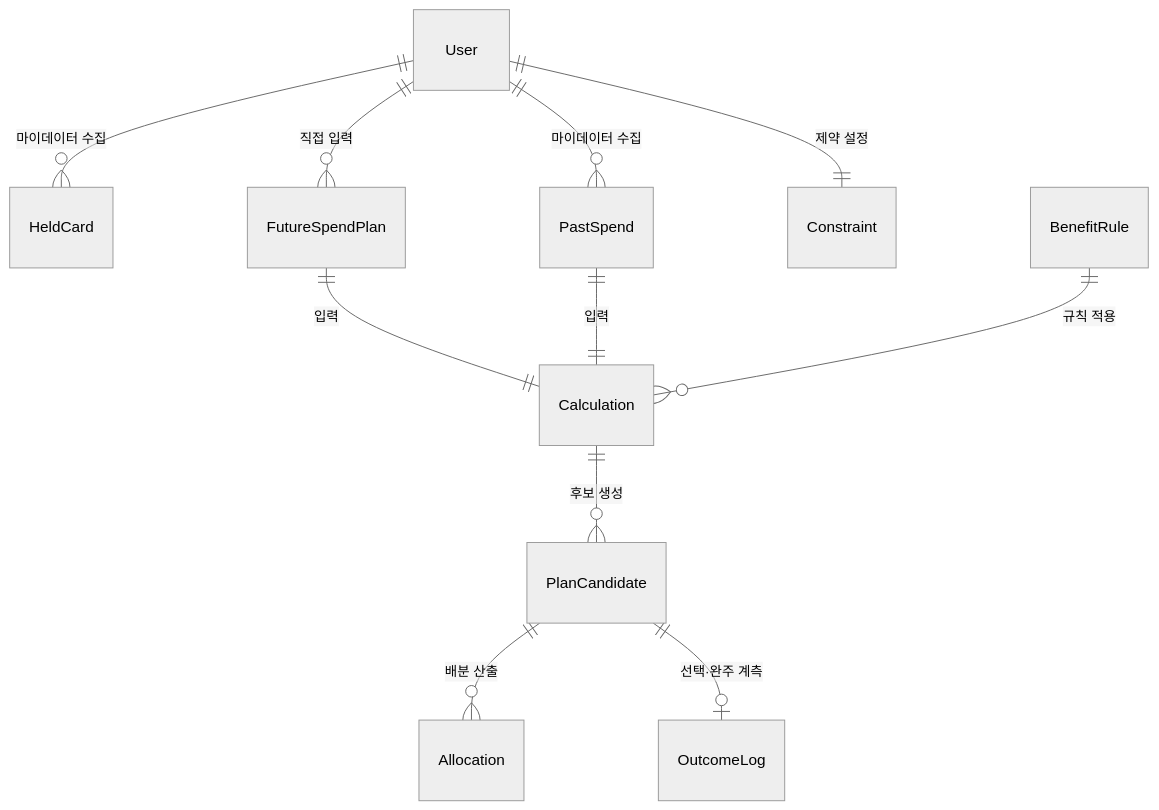
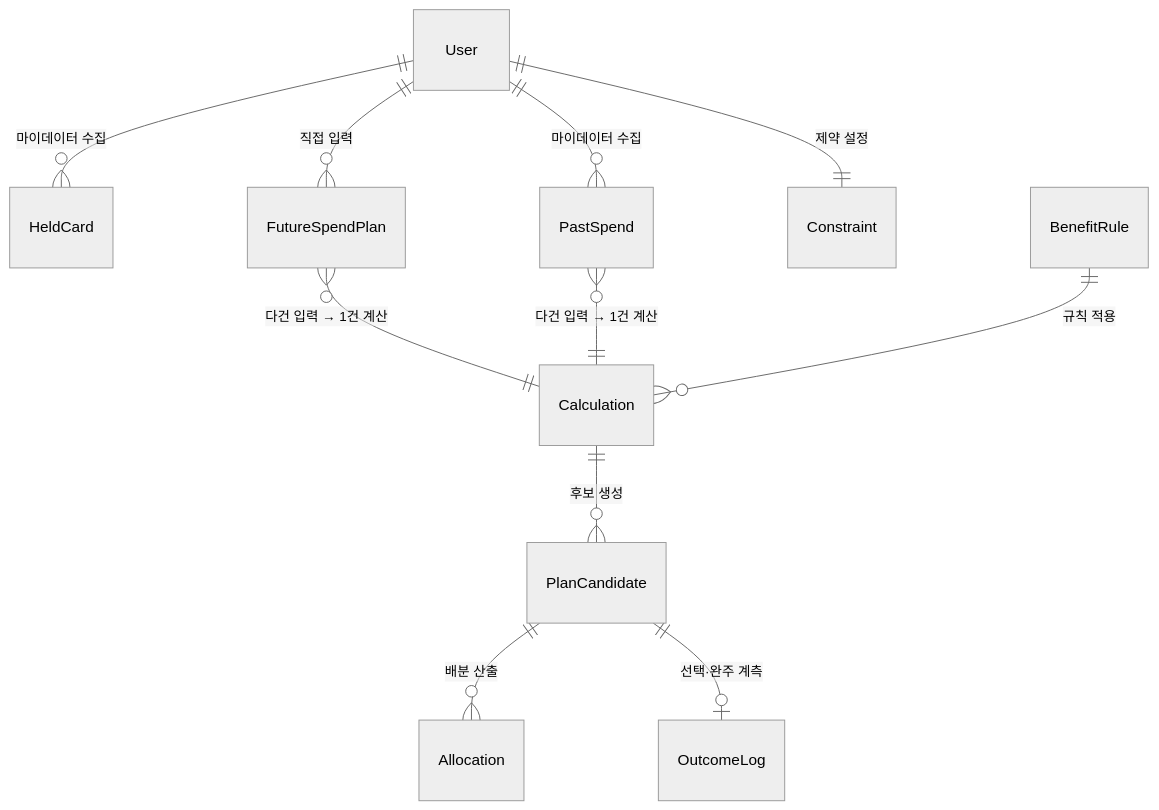
One commit to jennie-brain/CardFit-prd-to-srs changed the fourth of 5 diagrams in SRS-Drafts/SRS_CardFit_v0.1.md. Above: the diagram before and after it, drawn with Mermaid (neutral theme). The commit also changed other lines of this file, not shown here.

````diff
--- a/SRS-Drafts/SRS_CardFit_v0.1.md
+++ b/SRS-Drafts/SRS_CardFit_v0.1.md
@@ -295,13 +310,13 @@
 ```mermaid
 erDiagram
     User ||--o{ HeldCard : "마이데이터 수집"
     User ||--o{ PastSpend : "마이데이터 수집"
     User ||--o{ FutureSpendPlan : "직접 입력"
     User ||--|| Constraint : "제약 설정"
-    FutureSpendPlan ||--|| Calculation : "입력"
-    PastSpend ||--|| Calculation : "입력"
+    FutureSpendPlan }o--|| Calculation : "다건 입력 → 1건 계산"
+    PastSpend }o--|| Calculation : "다건 입력 → 1건 계산"
     BenefitRule ||--o{ Calculation : "규칙 적용"
     Calculation ||--o{ PlanCandidate : "후보 생성"
     PlanCandidate ||--o{ Allocation : "배분 산출"
     PlanCandidate ||--o| OutcomeLog : "선택·완주 계측"
 ```
````
